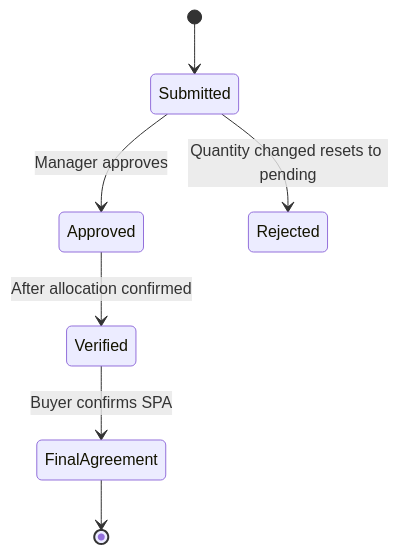
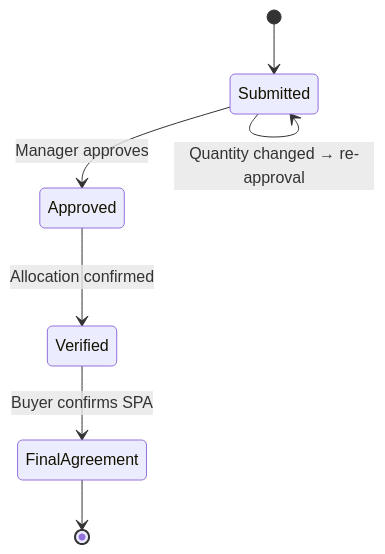
The fourth of 6 diagrams in docs/user_guides/secondary_sales_user_guide.md (sampadadiwan/IRM_CompanyMain), drawn with Mermaid before and after one commit. The commit also changed other lines of this file and 21 other files, not shown here.

````diff
--- a/docs/user_guides/secondary_sales_user_guide.md
+++ b/docs/user_guides/secondary_sales_user_guide.md
@@ -186,10 +158,9 @@
 ```mermaid
 stateDiagram-v2
     [*] --> Submitted
     Submitted --> Approved: Manager approves
-    Approved --> Verified: After allocation confirmed
+    Approved --> Verified: Allocation confirmed
     Verified --> FinalAgreement: Buyer confirms SPA
     FinalAgreement --> [*]
-
-    Submitted --> Rejected: Quantity changed resets to pending
+    Submitted --> Submitted: Quantity changed → re-approval
 ```
````
